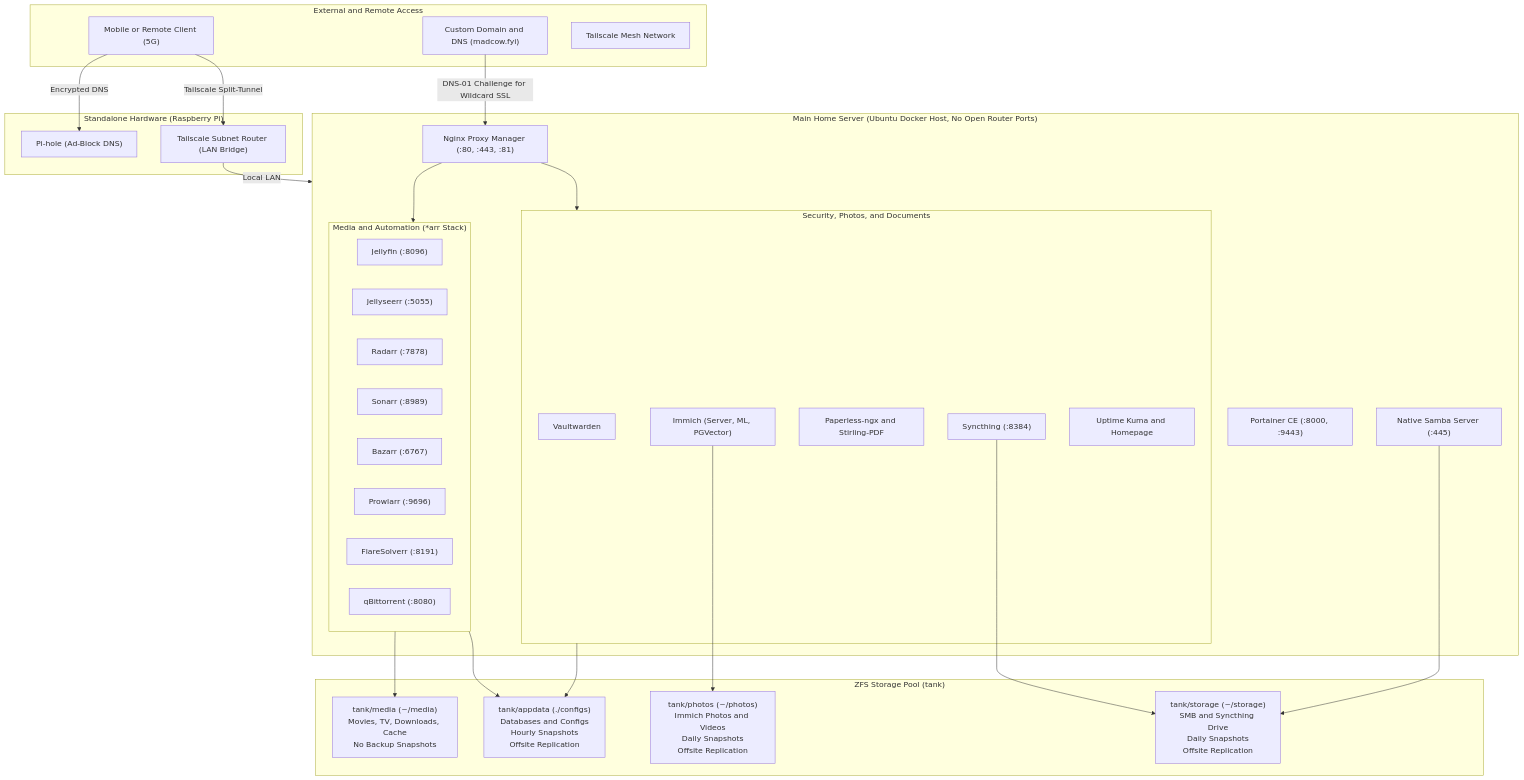
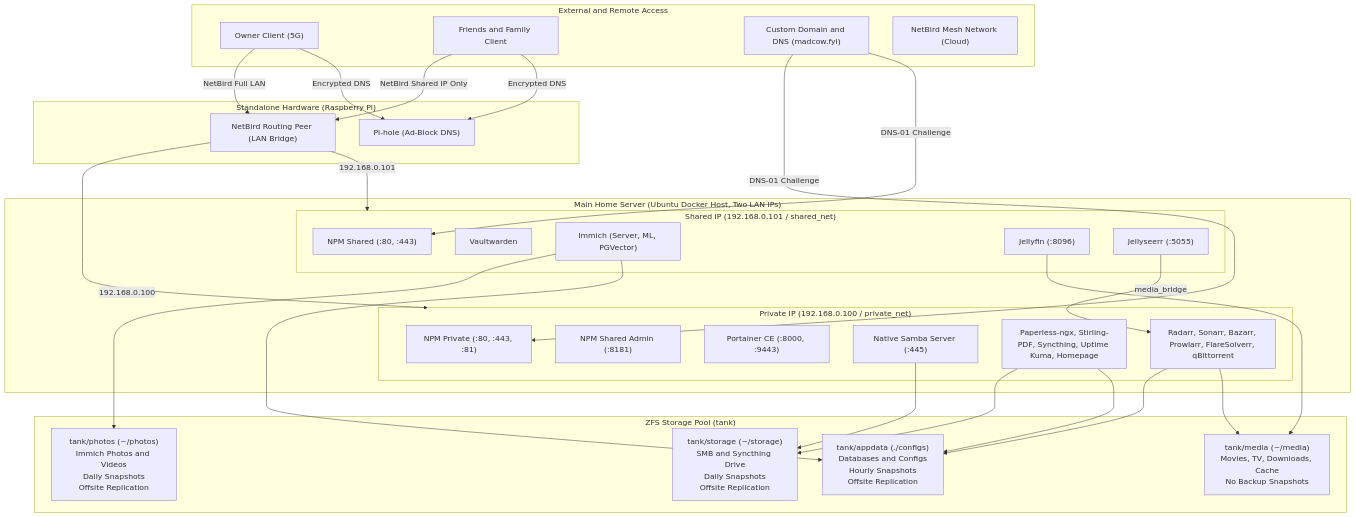
One commit to akshatkushwaha/home-lab changed the diagram in README.md. Above: the diagram before and after it, drawn with Mermaid. The commit also changed other lines of this file and 1 other file, not shown here.

Commit message:
docs: document two-IP Netplan, Samba, dual NPM, and media stack setup

````diff
--- a/README.md
+++ b/README.md
@@ -9,60 +9,59 @@
 ```mermaid
 flowchart TD
     subgraph Internet ["External and Remote Access"]
-        Client["Mobile or Remote Client (5G)"]
+        Owner["Owner Client (5G)"]
+        Guest["Friends and Family Client"]
         DomainDNS["Custom Domain and DNS (madcow.fyi)"]
-        TailscaleNet["Tailscale Mesh Network"]
+        NetBirdNet["NetBird Mesh Network (Cloud)"]
     end
 
     subgraph Hardware_Pi ["Standalone Hardware (Raspberry Pi)"]
         PiHole["Pi-hole (Ad-Block DNS)"]
-        PiTailscale["Tailscale Subnet Router (LAN Bridge)"]
+        PiNetBird["NetBird Routing Peer (LAN Bridge)"]
     end
 
-    subgraph HomeServer ["Main Home Server (Ubuntu Docker Host, No Open Router Ports)"]
-        NPM["Nginx Proxy Manager (:80, :443, :81)"]
-        Portainer["Portainer CE (:8000, :9443)"]
-        SMB["Native Samba Server (:445)"]
+    subgraph HomeServer ["Main Home Server (Ubuntu Docker Host, Two LAN IPs)"]
+        subgraph Private_IP ["Private IP (192.168.0.100 / private_net)"]
+            NPM_Priv["NPM Private (:80, :443, :81)"]
+            NPM_Shared_UI["NPM Shared Admin (:8181)"]
+            Portainer["Portainer CE (:8000, :9443)"]
+            SMB["Native Samba Server (:445)"]
+            PrivCore["Paperless-ngx, Stirling-PDF, Syncthing, Uptime Kuma, Homepage"]
+            ArrStack["Radarr, Sonarr, Bazarr, Prowlarr, FlareSolverr, qBittorrent"]
+        end
 
-        subgraph Core_Services ["Security, Photos, and Documents"]
+        subgraph Shared_IP ["Shared IP (192.168.0.101 / shared_net)"]
+            NPM_Shared["NPM Shared (:80, :443)"]
             Vault["Vaultwarden"]
             Immich["Immich (Server, ML, PGVector)"]
-            Paperless["Paperless-ngx and Stirling-PDF"]
-            Sync["Syncthing (:8384)"]
-            Monitor["Uptime Kuma and Homepage"]
-        end
-
-        subgraph Media_Stack ["Media and Automation (*arr Stack)"]
             Jellyfin["Jellyfin (:8096)"]
             Jellyseerr["Jellyseerr (:5055)"]
-            Radarr["Radarr (:7878)"]
-            Sonarr["Sonarr (:8989)"]
-            Bazarr["Bazarr (:6767)"]
-            Prowlarr["Prowlarr (:9696)"]
-            Flare["FlareSolverr (:8191)"]
-            Qbit["qBittorrent (:8080)"]
         end
     end
 
     subgraph Storage ["ZFS Storage Pool (tank)"]
         DS_Appdata["tank/appdata (./configs)\nDatabases and Configs\nHourly Snapshots\nOffsite Replication"]
         DS_Photos["tank/photos (~/photos)\nImmich Photos and Videos\nDaily Snapshots\nOffsite Replication"]
         DS_Storage["tank/storage (~/storage)\nSMB and Syncthing Drive\nDaily Snapshots\nOffsite Replication"]
         DS_Media["tank/media (~/media)\nMovies, TV, Downloads, Cache\nNo Backup Snapshots"]
     end
 
-    Client -->|Tailscale Split-Tunnel| PiTailscale
-    PiTailscale -->|Local LAN| HomeServer
-    Client -->|Encrypted DNS| PiHole
-    DomainDNS -->|DNS-01 Challenge for Wildcard SSL| NPM
+    Owner -->|NetBird Full LAN| PiNetBird
+    Guest -->|NetBird Shared IP Only| PiNetBird
+    PiNetBird -->|192.168.0.100| Private_IP
+    PiNetBird -->|192.168.0.101| Shared_IP
+    Owner -->|Encrypted DNS| PiHole
+    Guest -->|Encrypted DNS| PiHole
+    DomainDNS -->|DNS-01 Challenge| NPM_Priv
+    DomainDNS -->|DNS-01 Challenge| NPM_Shared
 
-    NPM --> Core_Services
-    NPM --> Media_Stack
-
+    Jellyseerr -->|media_bridge| ArrStack
     SMB --> DS_Storage
-    Sync --> DS_Storage
+    PrivCore --> DS_Storage
+    PrivCore --> DS_Appdata
+    ArrStack --> DS_Appdata
+    ArrStack --> DS_Media
     Immich --> DS_Photos
-    Core_Services --> DS_Appdata
-    Media_Stack --> DS_Appdata
-    Media_Stack --> DS_Media
+    Immich --> DS_Appdata
+    Jellyfin --> DS_Media
 ```
````
